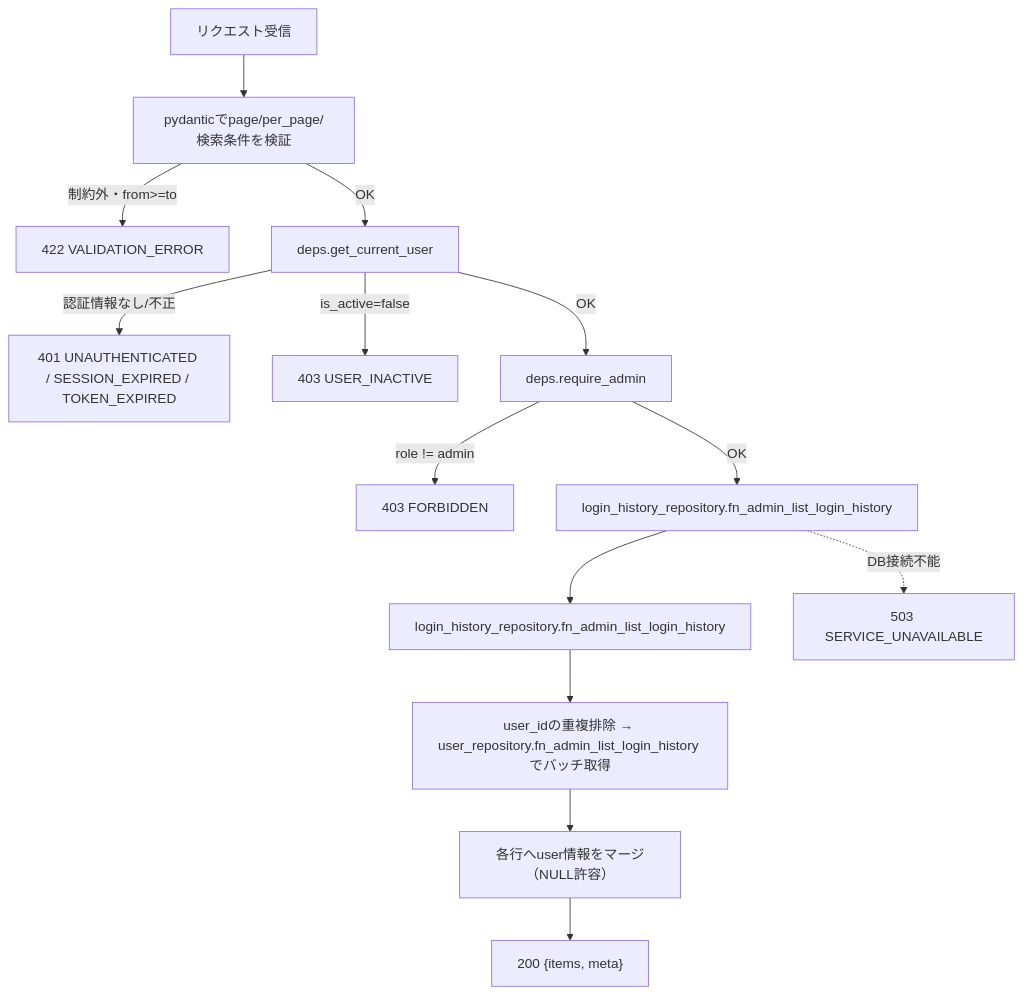
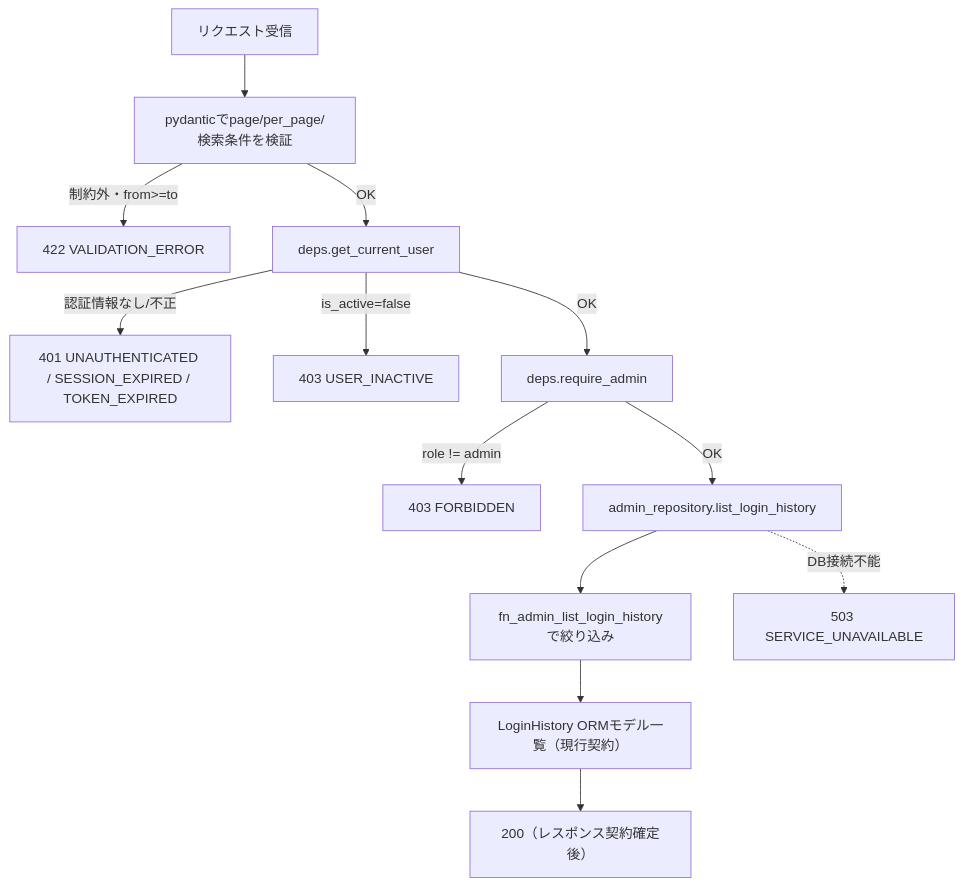
One commit to oikawa-d/task_management changed the second of 4 diagrams in docs/detailed_design/api/admin/07_get_admin_login_history.md. Above: the diagram before and after it, drawn with Mermaid. The commit also changed other lines of this file and 2 other files, not shown here.

````diff
--- a/docs/detailed_design/api/admin/07_get_admin_login_history.md
+++ b/docs/detailed_design/api/admin/07_get_admin_login_history.md
@@ -140,16 +133,15 @@
 ```mermaid
 flowchart TB
     A["リクエスト受信"] --> B["pydanticでpage/per_page/検索条件を検証"]
     B -->|"制約外・from>=to"| B1["422 VALIDATION_ERROR"]
     B -->|"OK"| C["deps.get_current_user"]
     C -->|"認証情報なし/不正"| C1["401 UNAUTHENTICATED / SESSION_EXPIRED / TOKEN_EXPIRED"]
     C -->|"is_active=false"| C2["403 USER_INACTIVE"]
     C -->|"OK"| E["deps.require_admin"]
     E -->|"role != admin"| E1["403 FORBIDDEN"]
-    E -->|"OK"| F["login_history_repository.fn_admin_list_login_history"]
-    F --> G["login_history_repository.fn_admin_list_login_history"]
-    G --> H["user_idの重複排除 → user_repository.fn_admin_list_login_history でバッチ取得"]
-    H --> I["各行へuser情報をマージ（NULL許容）"]
-    I --> J["200 {items, meta}"]
-    F -.->|"DB接続不能"| K["503 SERVICE_UNAVAILABLE"]
+    E -->|"OK"| F["admin_repository.list_login_history"]
+    F --> G["fn_admin_list_login_historyで絞り込み"]
+    G --> H["LoginHistory ORMモデル一覧（現行契約）"]
+    H --> I["200（レスポンス契約確定後）"]
+    F -.->|"DB接続不能"| J["503 SERVICE_UNAVAILABLE"]
 ```
````
